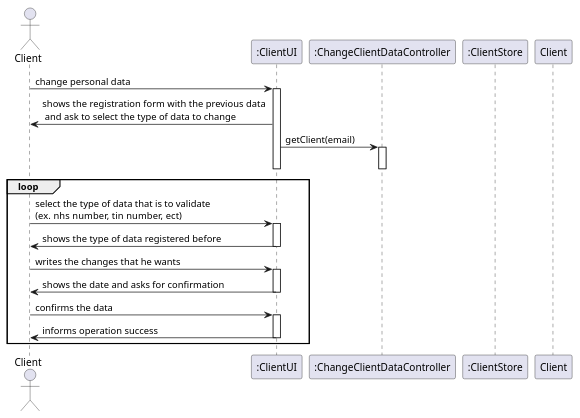
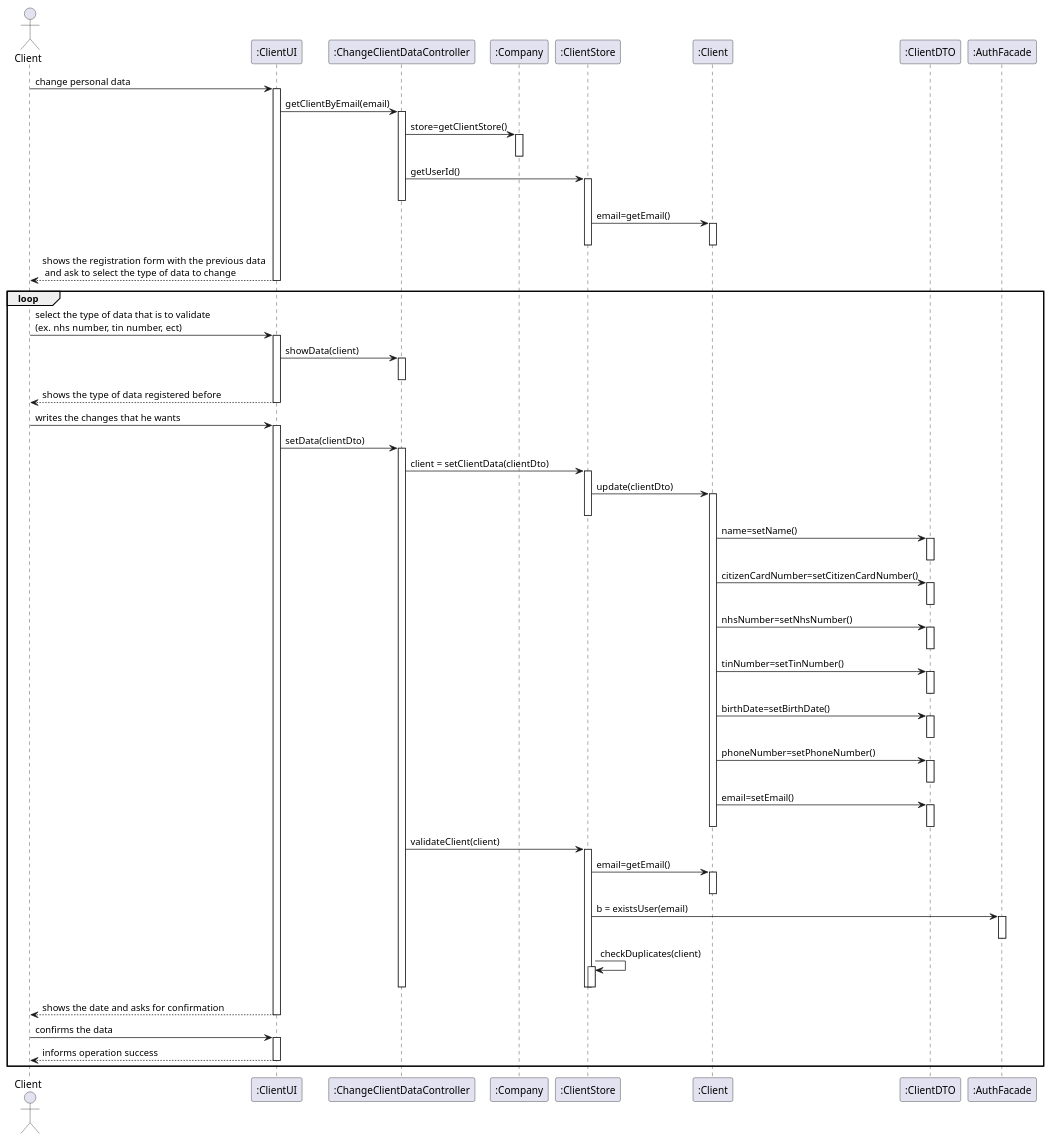
Before and after one commit to GuilhermeCunha79/lapr2: the diagram in docs/SprintD/US2/US02_SD.puml, drawn with PlantUML. The commit also changed 5 other files, not shown here.

Commit message:
Update of the SD diagram [US-02] [Requirements Engineering]

```diff
--- a/docs/SprintD/US2/US02_SD.puml
+++ b/docs/SprintD/US2/US02_SD.puml
@@ -1,39 +1,108 @@
 @startuml
 'https://plantuml.com/sequence-diagram
 
 actor Client as CLT
 participant ":ClientUI" as UI
 participant ":ChangeClientDataController" as CTRL
+participant ":Company" as COMP
 participant ":ClientStore" as STR
-participant Client
+participant ":Client" as CL
+participant ":ClientDTO" as CLDTO
+participant ":AuthFacade" as AF
 
 CLT -> UI : change personal data
 activate UI
-UI-> CLT : shows the registration form with the previous data \n and ask to select the type of data to change
+UI-> CTRL : getClientByEmail(email)
+activate CTRL
+CTRL-> COMP : store=getClientStore()
+activate COMP
+deactivate COMP
+CTRL->STR : getUserId()
 
-UI-> CTRL : getClient(email)
+activate STR
+deactivate CTRL
+STR->CL: email=getEmail()
+activate CL
+deactivate CL
+deactivate STR
+UI--> CLT : shows the registration form with the previous data \n and ask to select the type of data to change
 
-activate CTRL
-deactivate CTRL
+
 deactivate UI
+
+
+
+
+
 
 
 
 loop
 CLT -> UI : select the type of data that is to validate\n(ex. nhs number, tin number, ect)
 activate UI
-UI-> CLT : shows the type of data registered before
+UI-> CTRL : showData(client)
+activate CTRL
+deactivate CTRL
+UI--> CLT : shows the type of data registered before
+
 deactivate UI
 
 CLT -> UI : writes the changes that he wants
 activate UI
-UI-> CLT : shows the date and asks for confirmation
+UI-> CTRL : setData(clientDto)
+activate CTRL
+CTRL->STR :client = setClientData(clientDto)
+
+activate STR
+
+STR->CL : update(clientDto)
+activate CL
+deactivate STR
+CL->CLDTO : name=setName()
+activate CLDTO
+deactivate CLDTO
+CL->CLDTO : citizenCardNumber=setCitizenCardNumber()
+activate CLDTO
+deactivate CLDTO
+CL->CLDTO: nhsNumber=setNhsNumber()
+activate CLDTO
+deactivate CLDTO
+CL->CLDTO : tinNumber=setTinNumber()
+activate CLDTO
+deactivate CLDTO
+CL->CLDTO : birthDate=setBirthDate()
+activate CLDTO
+deactivate CLDTO
+CL->CLDTO : phoneNumber=setPhoneNumber()
+activate CLDTO
+deactivate CLDTO
+CL->CLDTO : email=setEmail()
+activate CLDTO
+deactivate CLDTO
+deactivate CL
+
+CTRL -> STR: validateClient(client)
+        activate STR
+        STR -> CL : email=getEmail()
+        activate CL
+        deactivate CL
+        STR -> AF : b = existsUser(email)
+        activate AF
+        deactivate AF
+        STR -> STR : checkDuplicates(client)
+        activate STR
+        deactivate STR
+        deactivate STR
+deactivate CTRL
+
+UI--> CLT : shows the date and asks for confirmation
 deactivate UI
+
 
 CLT -> UI : confirms the data
 activate UI
-UI-> CLT : informs operation success
+UI--> CLT : informs operation success
 deactivate UI
 end
 
 @enduml
```
